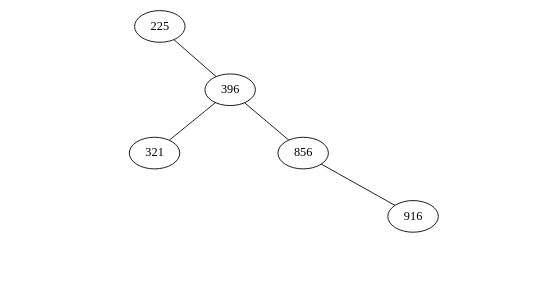
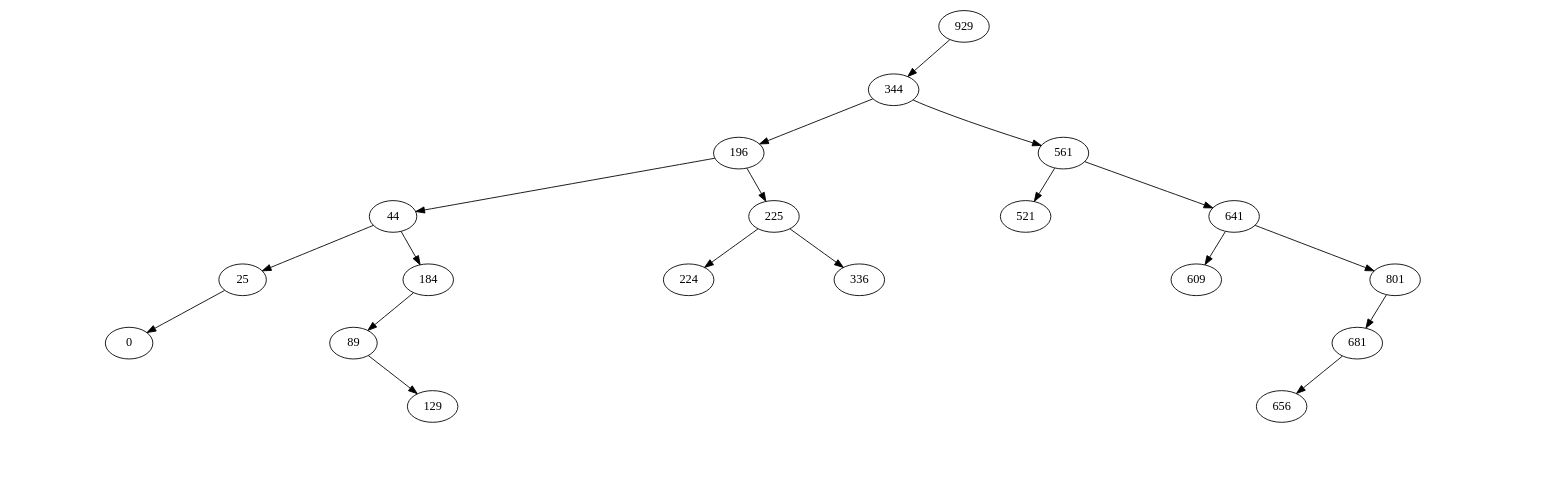
Before and after one commit to yhbsh/data_structures: the diagram in binary_search_tree/out/out.dot, drawn with Graphviz.

```diff
--- a/binary_search_tree/out/out.dot
+++ b/binary_search_tree/out/out.dot
@@ -1,28 +1,98 @@
-graph arbre {
+digraph arbre {
+  "929" -> "344" 
   "NIL0" [style=invis];
-  "225" -- "NIL0"  [style=invis];
+  "929" -> "NIL0"  [style=invis];
   "NIL1" [style=invis];
-  "225" -- "NIL1"  [style=invis];
-  "225" -- "396" 
-  "396" -- "321" 
+  "929" -> "NIL1"  [style=invis];
+  "344" -> "196" 
   "NIL2" [style=invis];
-  "396" -- "NIL2"  [style=invis];
-  "396" -- "856" 
+  "344" -> "NIL2"  [style=invis];
+  "344" -> "561" 
+  "196" -> "44" 
   "NIL3" [style=invis];
-  "321" -- "NIL3"  [style=invis];
+  "196" -> "NIL3"  [style=invis];
+  "196" -> "225" 
+  "44" -> "25" 
   "NIL4" [style=invis];
-  "321" -- "NIL4"  [style=invis];
+  "44" -> "NIL4"  [style=invis];
+  "44" -> "184" 
+  "25" -> "0" 
   "NIL5" [style=invis];
-  "321" -- "NIL5"  [style=invis];
+  "25" -> "NIL5"  [style=invis];
   "NIL6" [style=invis];
-  "856" -- "NIL6"  [style=invis];
+  "25" -> "NIL6"  [style=invis];
   "NIL7" [style=invis];
-  "856" -- "NIL7"  [style=invis];
-  "856" -- "916" 
+  "0" -> "NIL7"  [style=invis];
   "NIL8" [style=invis];
-  "916" -- "NIL8"  [style=invis];
+  "0" -> "NIL8"  [style=invis];
   "NIL9" [style=invis];
-  "916" -- "NIL9"  [style=invis];
+  "0" -> "NIL9"  [style=invis];
+  "184" -> "89" 
   "NIL10" [style=invis];
-  "916" -- "NIL10"  [style=invis];
+  "184" -> "NIL10"  [style=invis];
+  "NIL11" [style=invis];
+  "184" -> "NIL11"  [style=invis];
+  "NIL12" [style=invis];
+  "89" -> "NIL12"  [style=invis];
+  "NIL13" [style=invis];
+  "89" -> "NIL13"  [style=invis];
+  "89" -> "129" 
+  "NIL14" [style=invis];
+  "129" -> "NIL14"  [style=invis];
+  "NIL15" [style=invis];
+  "129" -> "NIL15"  [style=invis];
+  "NIL16" [style=invis];
+  "129" -> "NIL16"  [style=invis];
+  "225" -> "224" 
+  "NIL17" [style=invis];
+  "225" -> "NIL17"  [style=invis];
+  "225" -> "336" 
+  "NIL18" [style=invis];
+  "224" -> "NIL18"  [style=invis];
+  "NIL19" [style=invis];
+  "224" -> "NIL19"  [style=invis];
+  "NIL20" [style=invis];
+  "224" -> "NIL20"  [style=invis];
+  "NIL21" [style=invis];
+  "336" -> "NIL21"  [style=invis];
+  "NIL22" [style=invis];
+  "336" -> "NIL22"  [style=invis];
+  "NIL23" [style=invis];
+  "336" -> "NIL23"  [style=invis];
+  "561" -> "521" 
+  "NIL24" [style=invis];
+  "561" -> "NIL24"  [style=invis];
+  "561" -> "641" 
+  "NIL25" [style=invis];
+  "521" -> "NIL25"  [style=invis];
+  "NIL26" [style=invis];
+  "521" -> "NIL26"  [style=invis];
+  "NIL27" [style=invis];
+  "521" -> "NIL27"  [style=invis];
+  "641" -> "609" 
+  "NIL28" [style=invis];
+  "641" -> "NIL28"  [style=invis];
+  "641" -> "801" 
+  "NIL29" [style=invis];
+  "609" -> "NIL29"  [style=invis];
+  "NIL30" [style=invis];
+  "609" -> "NIL30"  [style=invis];
+  "NIL31" [style=invis];
+  "609" -> "NIL31"  [style=invis];
+  "801" -> "681" 
+  "NIL32" [style=invis];
+  "801" -> "NIL32"  [style=invis];
+  "NIL33" [style=invis];
+  "801" -> "NIL33"  [style=invis];
+  "681" -> "656" 
+  "NIL34" [style=invis];
+  "681" -> "NIL34"  [style=invis];
+  "NIL35" [style=invis];
+  "681" -> "NIL35"  [style=invis];
+  "NIL36" [style=invis];
+  "656" -> "NIL36"  [style=invis];
+  "NIL37" [style=invis];
+  "656" -> "NIL37"  [style=invis];
+  "NIL38" [style=invis];
+  "656" -> "NIL38"  [style=invis];
 }
```
